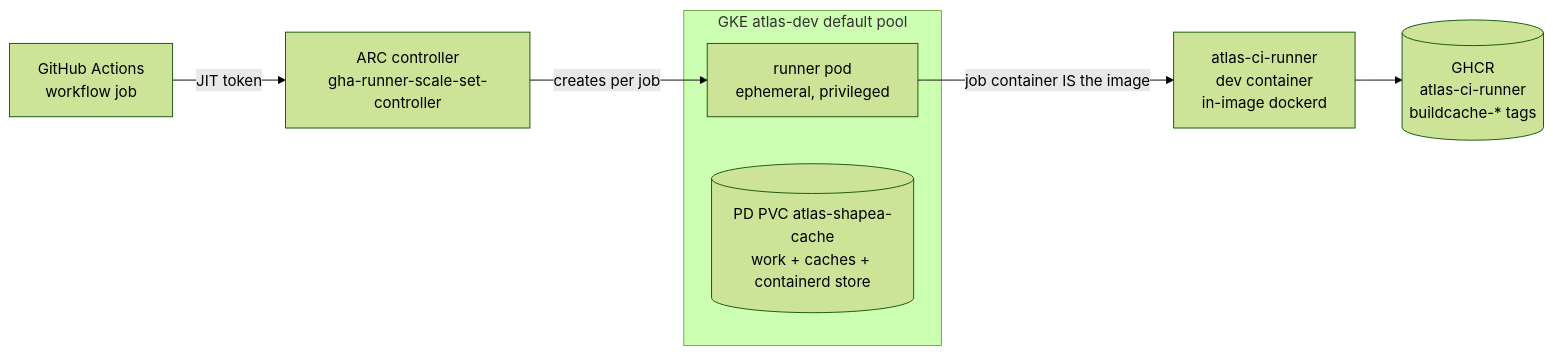
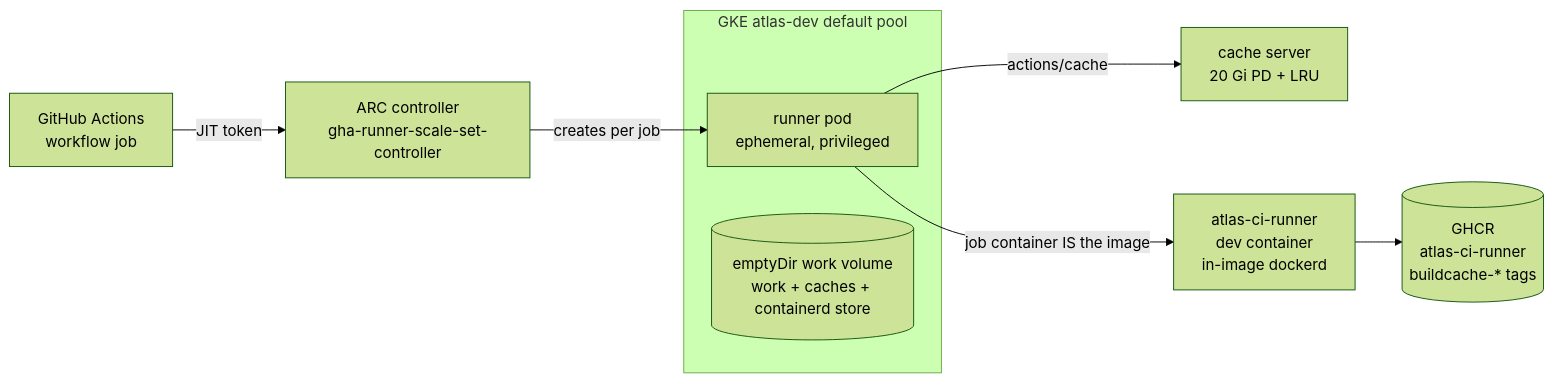
One commit to aureliusenterprise/aurelius-atlas changed the diagram in docs/architecture/self-hosted-ci.md. Above: the diagram before and after it, drawn with Mermaid (forest theme). The commit also changed other lines of this file and 2 other files, not shown here.

First line of the commit message:
ci: bridge the toolchain caches across pod churn (DD-233)

````diff
--- a/docs/architecture/self-hosted-ci.md
+++ b/docs/architecture/self-hosted-ci.md
@@ -17,11 +17,12 @@
 ```mermaid
 flowchart LR
     GH[GitHub Actions<br/>workflow job] -->|JIT token| ARC[ARC controller<br/>gha-runner-scale-set-controller]
     ARC -->|creates per job| POD[runner pod<br/>ephemeral, privileged]
     subgraph NODE[GKE atlas-dev default pool]
         POD
-        PVC[(PD PVC atlas-shapea-cache<br/>work + caches + containerd store)]
+        ED[(emptyDir work volume<br/>work + caches + containerd store)]
     end
+    POD -->|actions/cache| CS[cache server<br/>20 Gi PD + LRU]
     POD -->|job container IS the image| DC[atlas-ci-runner<br/>dev container<br/>in-image dockerd]
     DC --> GHCR[(GHCR<br/>atlas-ci-runner<br/>buildcache-* tags)]
 ```
````
